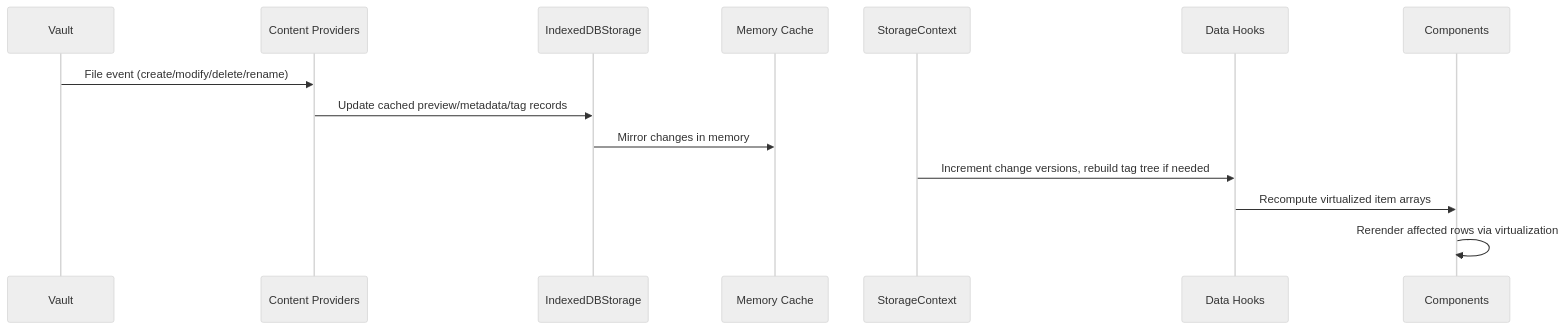
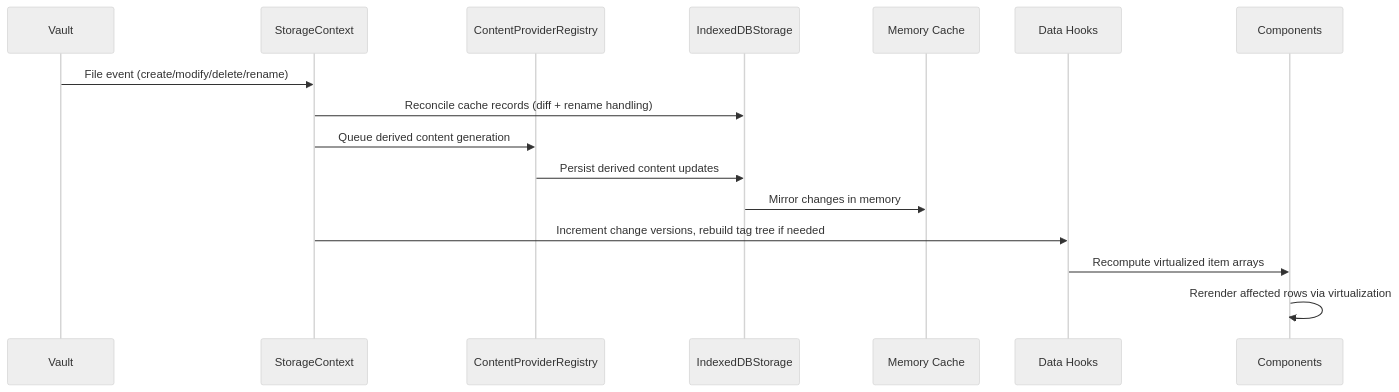
Before and after one commit to voi-tech/notebook-navigator: the fifth of 6 diagrams in docs/rendering-architecture.md, drawn with Mermaid (neutral theme). The commit also changed other lines of this file and 7 other files, not shown here.

````diff
--- a/docs/rendering-architecture.md
+++ b/docs/rendering-architecture.md
@@ -451,17 +560,19 @@
 ```mermaid
 sequenceDiagram
     participant V as Vault
-    participant CP as Content Providers
+    participant ST as StorageContext
+    participant CP as ContentProviderRegistry
     participant DB as IndexedDBStorage
     participant MC as Memory Cache
-    participant ST as StorageContext
     participant DH as Data Hooks
     participant UI as Components
 
-    V->>CP: File event (create/modify/delete/rename)
-    CP->>DB: Update cached preview/metadata/tag records
+    V->>ST: File event (create/modify/delete/rename)
+    ST->>DB: Reconcile cache records (diff + rename handling)
+    ST->>CP: Queue derived content generation
+    CP->>DB: Persist derived content updates
     DB->>MC: Mirror changes in memory
     ST->>DH: Increment change versions, rebuild tag tree if needed
     DH->>UI: Recompute virtualized item arrays
     UI->>UI: Rerender affected rows via virtualization
 ```
````
